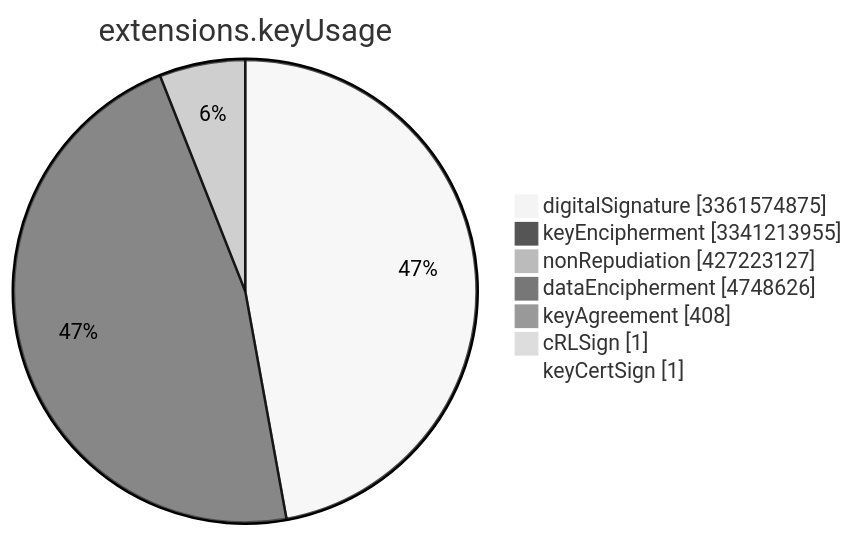
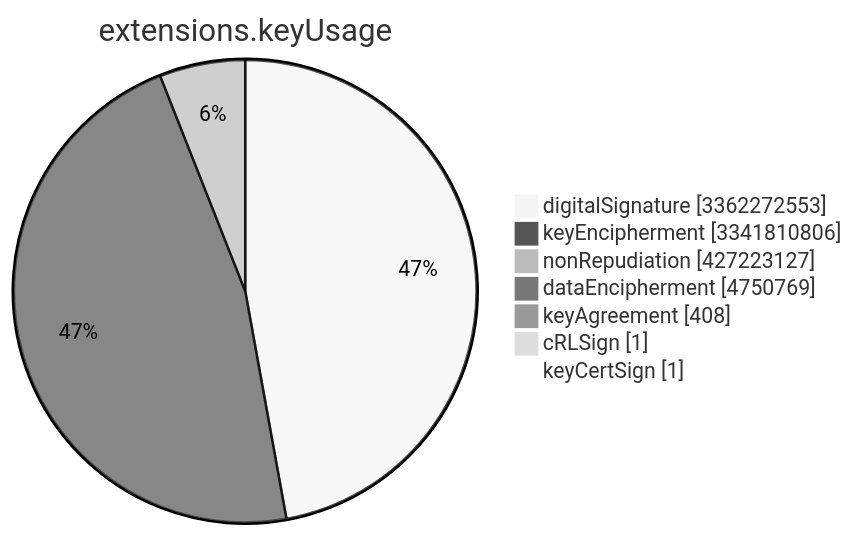
One commit to christiankrug/ctmonitor_visualization changed the sixth of 15 diagrams in TOTAL/README.md. Above: the diagram before and after it, drawn with Mermaid (neutral theme). The commit also changed other lines of this file, not shown here.

````diff
--- a/TOTAL/README.md
+++ b/TOTAL/README.md
@@ -3079,11 +3079,11 @@
 ```mermaid
 pie showData
 title extensions.keyUsage
-"digitalSignature" :3361574875
-"keyEncipherment" :3341213955
+"digitalSignature" :3362272553
+"keyEncipherment" :3341810806
 "nonRepudiation" :427223127
-"dataEncipherment" :4748626
+"dataEncipherment" :4750769
 "keyAgreement" :408
 "cRLSign" :1
 "keyCertSign" :1
 ```
````
